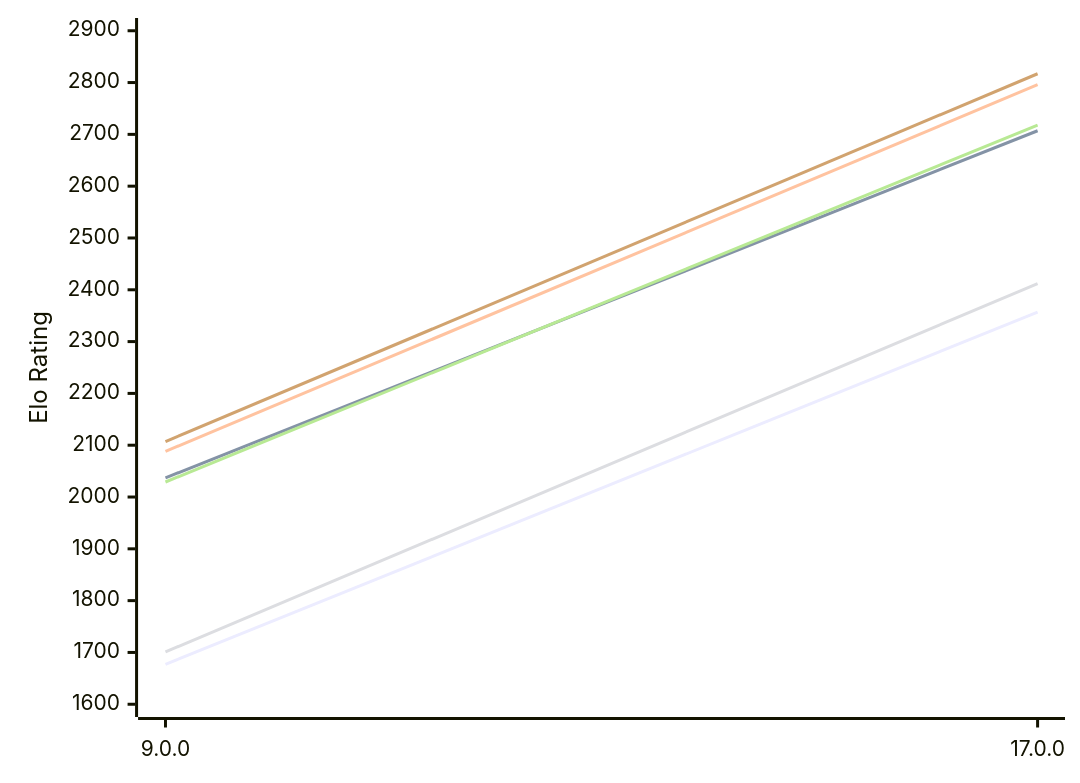
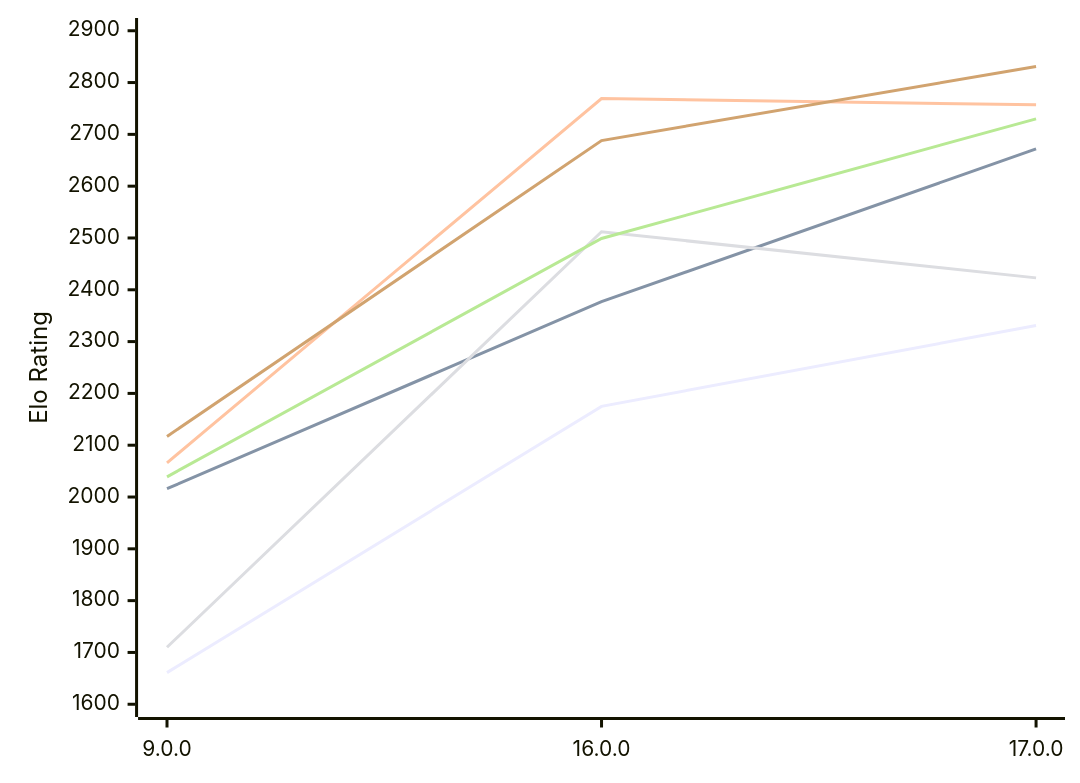
Before and after one commit to computer-chess-index/cci: the first of 2 diagrams in engines/Cepimetheus.md, drawn with Mermaid. The commit also changed other lines of this file, not shown here.

Commit message:
Update CCI Ratings (ELO VLTC) - 2026-11-12

````diff
--- a/engines/Cepimetheus.md
+++ b/engines/Cepimetheus.md
@@ -62,12 +64,12 @@
 ```mermaid
 %%{init: {"theme":"base","themeVariables":{"seriesColors:['#a3a3a3','#222221','#faa371']}}}%%
 xychart-beta
-  x-axis ["9.0.0", "17.0.0"]
+  x-axis ["9.0.0", "16.0.0", "17.0.0"]
   y-axis "Elo Rating" 1600 --> 2900
-  line "E1: STC (8.0+0.08s)" [1677, 2357]
-  line "E1: LTC (60.0+0.60s)" [2037, 2707]
-  line "E1: VLTC (2m24s+1.12s)" [2088, 2796]
-  line "P1: STC (8.0+0.08s)" [1701, 2412]
-  line "P1: LTC (60.0+0.60s)" [2029, 2718]
-  line "P1: VLTC (2m24s+1.12s)" [2107, 2817]
+  line "E1: STC (8.0+0.08s)" [1661, 2175, 2331]
+  line "E1: LTC (60.0+0.60s)" [2016, 2377, 2672]
+  line "E1: VLTC (2m24s+1.12s)" [2066, 2769, 2757]
+  line "P1: STC (8.0+0.08s)" [1710, 2512, 2423]
+  line "P1: LTC (60.0+0.60s)" [2039, 2499, 2730]
+  line "P1: VLTC (2m24s+1.12s)" [2117, 2688, 2831]
 ```
````
